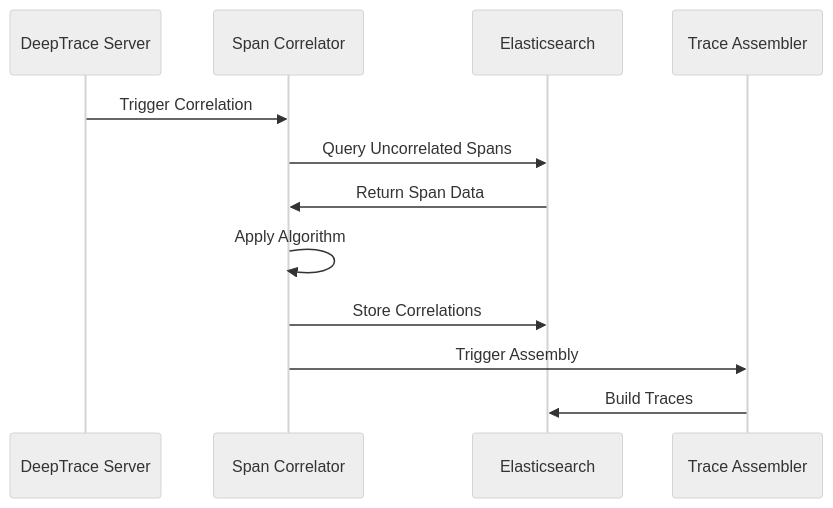
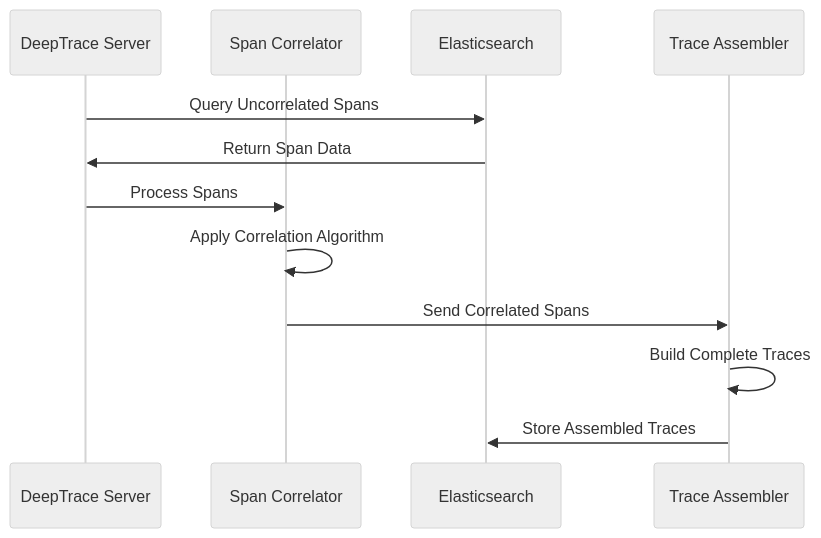
Before and after one commit to DeepShield-AI/DeepTrace: the third of 7 diagrams in docs/src/architecture/overview.md, drawn with Mermaid (neutral theme). The commit also changed other lines of this file and 5 other files, not shown here.

````diff
--- a/docs/src/architecture/overview.md
+++ b/docs/src/architecture/overview.md
@@ -184,15 +183,15 @@
 ```mermaid
 sequenceDiagram
     participant Server as DeepTrace Server
     participant Correlator as Span Correlator
     participant ES as Elasticsearch
     participant Assembler as Trace Assembler
     
-    Server->>Correlator: Trigger Correlation
-    Correlator->>ES: Query Uncorrelated Spans
-    ES->>Correlator: Return Span Data
-    Correlator->>Correlator: Apply Algorithm
-    Correlator->>ES: Store Correlations
-    Correlator->>Assembler: Trigger Assembly
-    Assembler->>ES: Build Traces
+    Server->>ES: Query Uncorrelated Spans
+    ES->>Server: Return Span Data
+    Server->>Correlator: Process Spans
+    Correlator->>Correlator: Apply Correlation Algorithm
+    Correlator->>Assembler: Send Correlated Spans
+    Assembler->>Assembler: Build Complete Traces
+    Assembler->>ES: Store Assembled Traces
 ```
````
